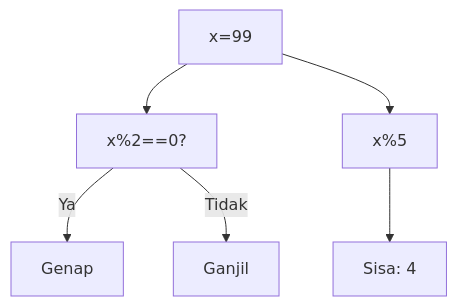
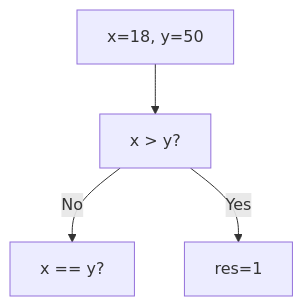
Diagram 19 of 25 in part-c-pemahaman-cpp/02-percabangan/latihan/set-11.md (amnahwaida/OSNK_INF_PREP), drawn with Mermaid before and after one commit. The commit also changed other lines of this file and 71 other files, not shown here.

````diff
--- a/part-c-pemahaman-cpp/02-percabangan/latihan/set-11.md
+++ b/part-c-pemahaman-cpp/02-percabangan/latihan/set-11.md
@@ -553,8 +532,6 @@
 ```mermaid
 graph TD
-A["x=99"] --> B["x%2==0?"]
-B -- Ya --> C["Genap"]
-B -- Tidak --> D["Ganjil"]
-A --> E["x%5"]
-E --> F["Sisa: 4"]
+A["x=18, y=50"] --> B["x > y?"]
+B -- No --> C["x == y?"]
+B -- Yes --> D[res=1]
 ```
````
